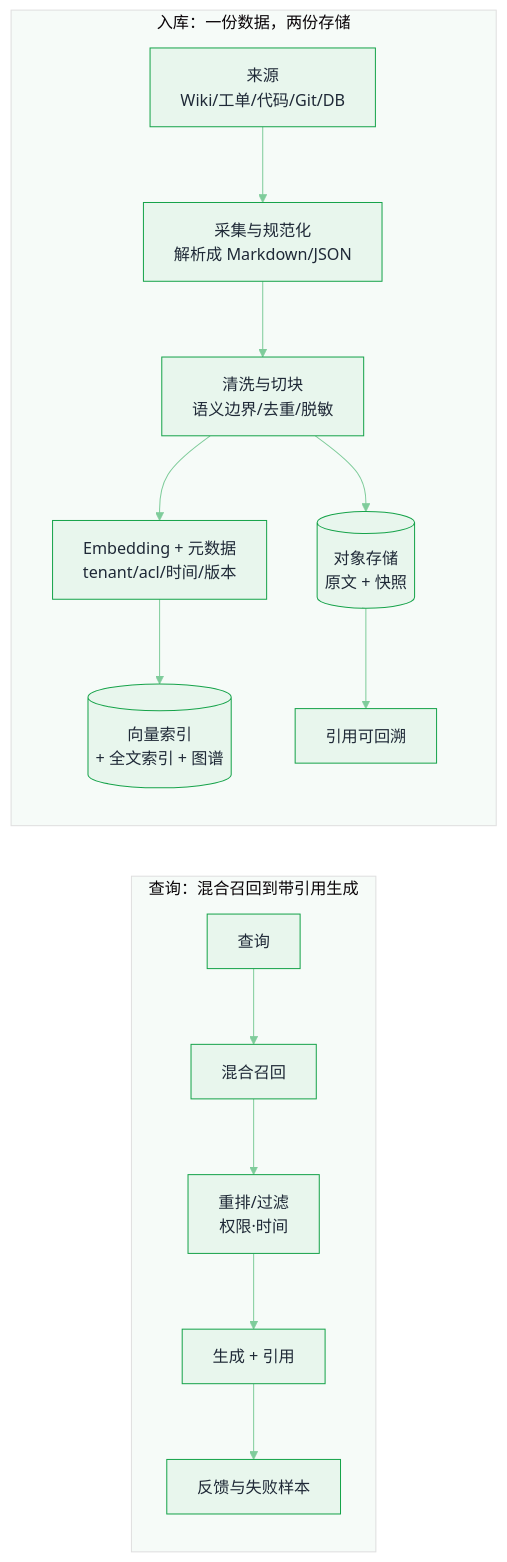
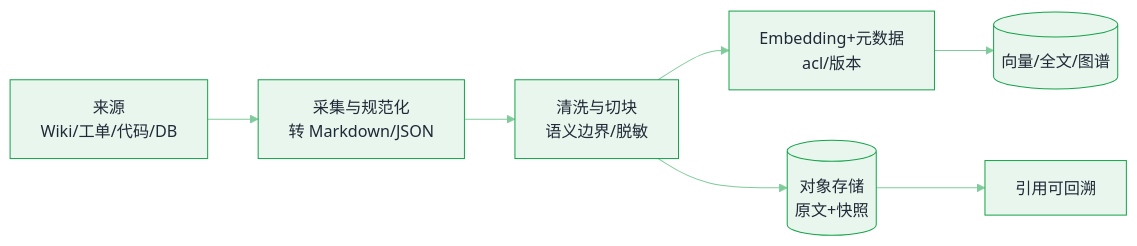
Before and after one commit to funny8kids/ai-agent-handbook: the first of 2 diagrams in docs/16-ai-infrastructure/data-vector-storage.md, drawn with Mermaid. The commit also changed other lines of this file and 39 other files, not shown here.

First line of the commit message:
Round 15: re-measure all diagrams on GitBook's real mermaid version (11.14.0)

````diff
--- a/docs/16-ai-infrastructure/data-vector-storage.md
+++ b/docs/16-ai-infrastructure/data-vector-storage.md
@@ -26,18 +26,10 @@
 ```mermaid
 %%{init: {"theme":"base","themeVariables":{"primaryColor":"#E8F6ED","primaryBorderColor":"#16A34A","primaryTextColor":"#1F2937","secondaryColor":"#CCEBD7","tertiaryColor":"#F6FBF8","lineColor":"#7FCC9B","actorBkg":"#ECF8F1","actorBorder":"#16A34A","actorTextColor":"#1F2937","signalColor":"#5CBF80","noteBkgColor":"#D5EEDE","noteBorderColor":"#16A34A","noteTextColor":"#1F2937","labelBoxBkgColor":"#E8F6ED","labelBoxBorderColor":"#16A34A"}}}%%
 flowchart LR
-  subgraph OUT["查询：混合召回到带引用生成"]
-    Q[查询] --> RET[混合召回]
-    RET --> RR[重排/过滤<br/>权限·时间]
-    RR --> GEN[生成 + 引用]
-    GEN --> FB[反馈与失败样本]
-  end
-  subgraph IN["入库：一份数据，两份存储"]
-    S[来源<br/>Wiki/工单/代码/Git/DB] --> I[采集与规范化<br/>解析成 Markdown/JSON]
-    I --> C[清洗与切块<br/>语义边界/去重/脱敏]
-    C --> E[Embedding + 元数据<br/>tenant/acl/时间/版本]
-    E --> IDX[(向量索引<br/>+ 全文索引 + 图谱)]
-    C --> RAW[(对象存储<br/>原文 + 快照)]
-    RAW --> AUD[引用可回溯]
-  end
+  S[来源<br/>Wiki/工单/代码/DB] --> I[采集与规范化<br/>转 Markdown/JSON]
+  I --> C[清洗与切块<br/>语义边界/脱敏]
+  C --> E[Embedding+元数据<br/>acl/版本]
+  E --> IDX[(向量/全文/图谱)]
+  C --> RAW[(对象存储<br/>原文+快照)]
+  RAW --> AUD[引用可回溯]
 ```
````
